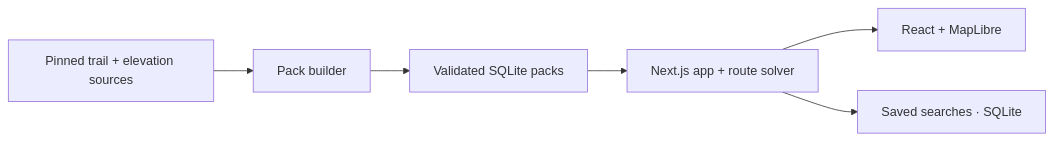
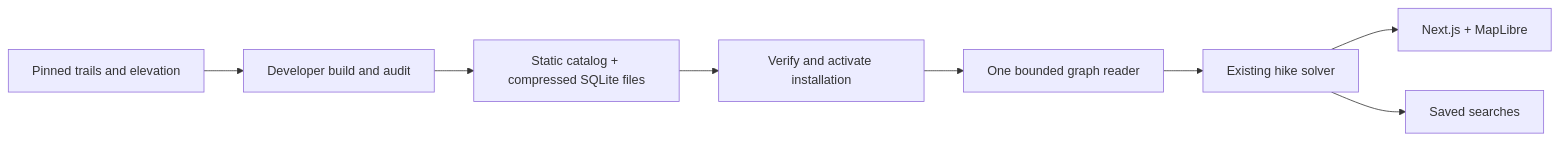
Before and after one commit to heddayam/alpine-loop: the diagram in README.md, drawn with Mermaid. The commit also changed other lines of this file and 5 other files, not shown here.

````diff
--- a/README.md
+++ b/README.md
@@ -141,8 +141,10 @@
 ```mermaid
 flowchart LR
-    Sources["Pinned trail + elevation sources"] --> Builder["Pack builder"]
-    Builder --> Packs["Validated SQLite packs"]
-    Packs --> App["Next.js app + route solver"]
-    App --> Map["React + MapLibre"]
-    App --> Jobs["Saved searches · SQLite"]
+    Sources["Pinned trails and elevation"] --> Builder["Developer build and audit"]
+    Builder --> Release["Static catalog + compressed SQLite files"]
+    Release --> Download["Verify and activate installation"]
+    Download --> Reader["One bounded graph reader"]
+    Reader --> Solver["Existing hike solver"]
+    Solver --> Map["Next.js + MapLibre"]
+    Solver --> Jobs["Saved searches"]
 ```
````
